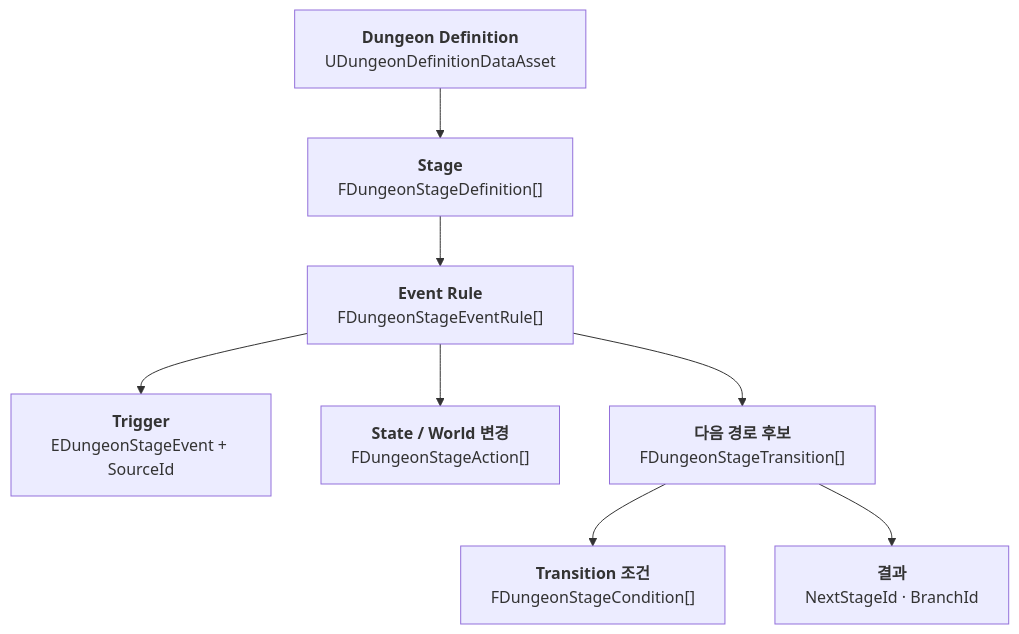
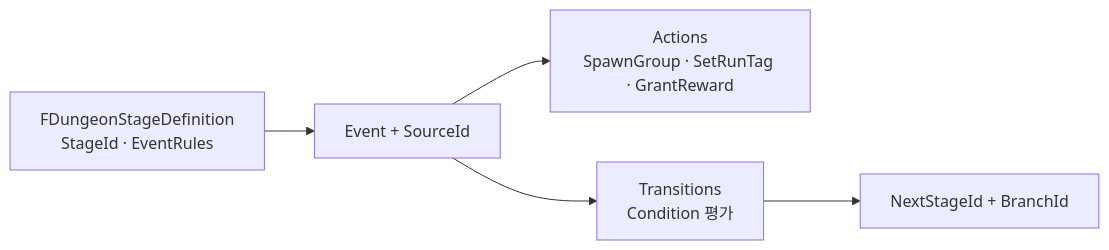
The second of 4 diagrams in Doc/Wiki/09_Branching_Dungeon_Runtime.md (chungheonLee0325/Sonheim), drawn with Mermaid before and after one commit. The commit also changed other lines of this file, not shown here.

Commit message:
docs: present branching dungeon event runtime and validated stage paths

```diff
--- a/Doc/Wiki/09_Branching_Dungeon_Runtime.md
+++ b/Doc/Wiki/09_Branching_Dungeon_Runtime.md
@@ -93,19 +87,7 @@
 ~~~mermaid
-flowchart TB
-    DEF["<b>Dungeon Definition</b><br/>UDungeonDefinitionDataAsset"]
-    STAGE["<b>Stage</b><br/>FDungeonStageDefinition[]"]
-    RULE["<b>Event Rule</b><br/>FDungeonStageEventRule[]"]
-    EVENT["<b>Trigger</b><br/>EDungeonStageEvent + SourceId"]
-    ACTION["<b>State / World 변경</b><br/>FDungeonStageAction[]"]
-    TRANS["<b>다음 경로 후보</b><br/>FDungeonStageTransition[]"]
-    COND["<b>Transition 조건</b><br/>FDungeonStageCondition[]"]
-    NEXT["<b>결과</b><br/>NextStageId · BranchId"]
-
-    DEF --> STAGE
-    STAGE --> RULE
-    RULE --> EVENT
-    RULE --> ACTION
-    RULE --> TRANS
-    TRANS --> COND
-    TRANS --> NEXT
+flowchart LR
+    STAGE["FDungeonStageDefinition<br/>StageId · EventRules"] --> RULE["Event + SourceId"]
+    RULE --> ACTION["Actions<br/>SpawnGroup · SetRunTag · GrantReward"]
+    RULE --> TRANS["Transitions<br/>Condition 평가"]
+    TRANS --> NEXT["NextStageId + BranchId"]
 ~~~
```
